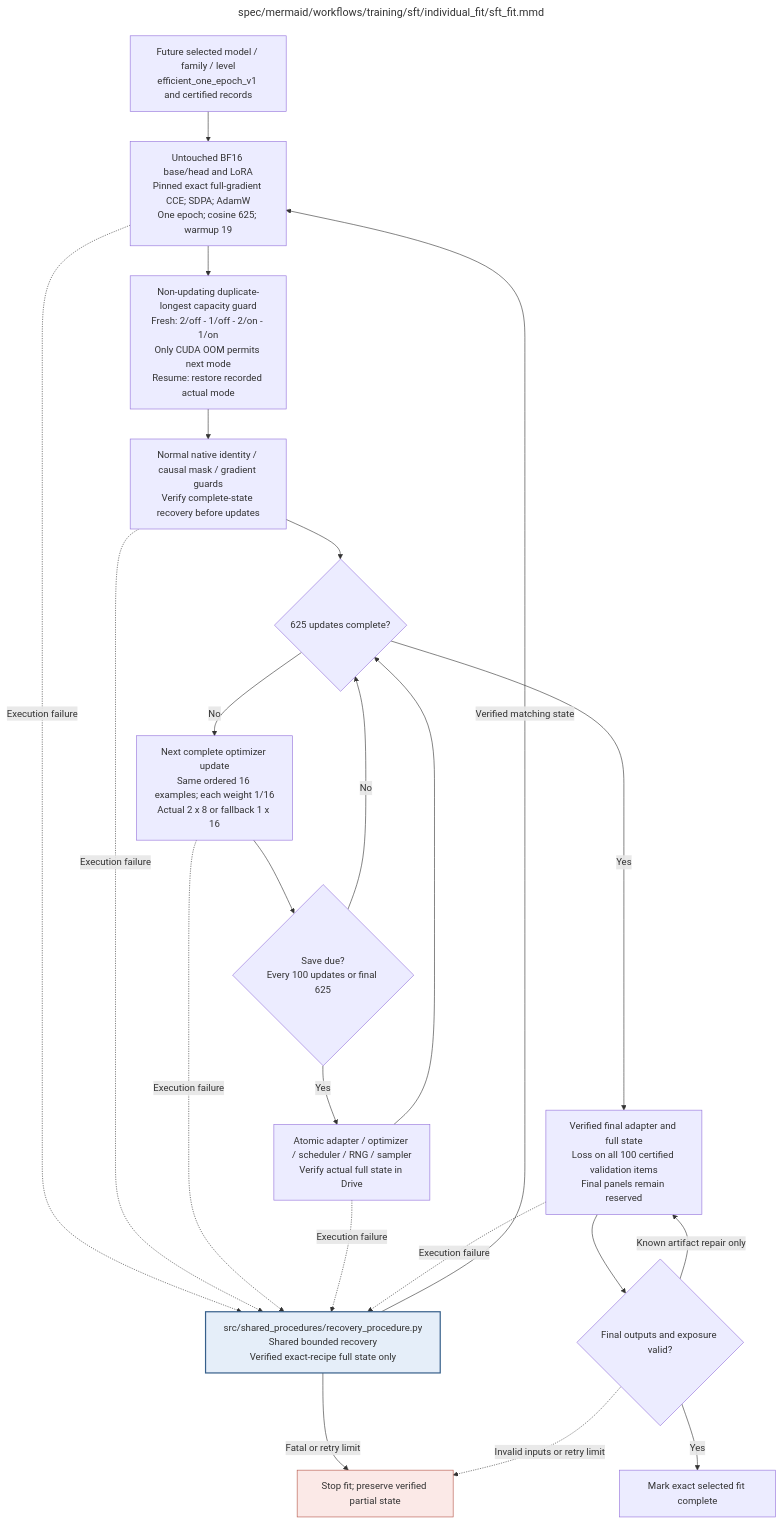
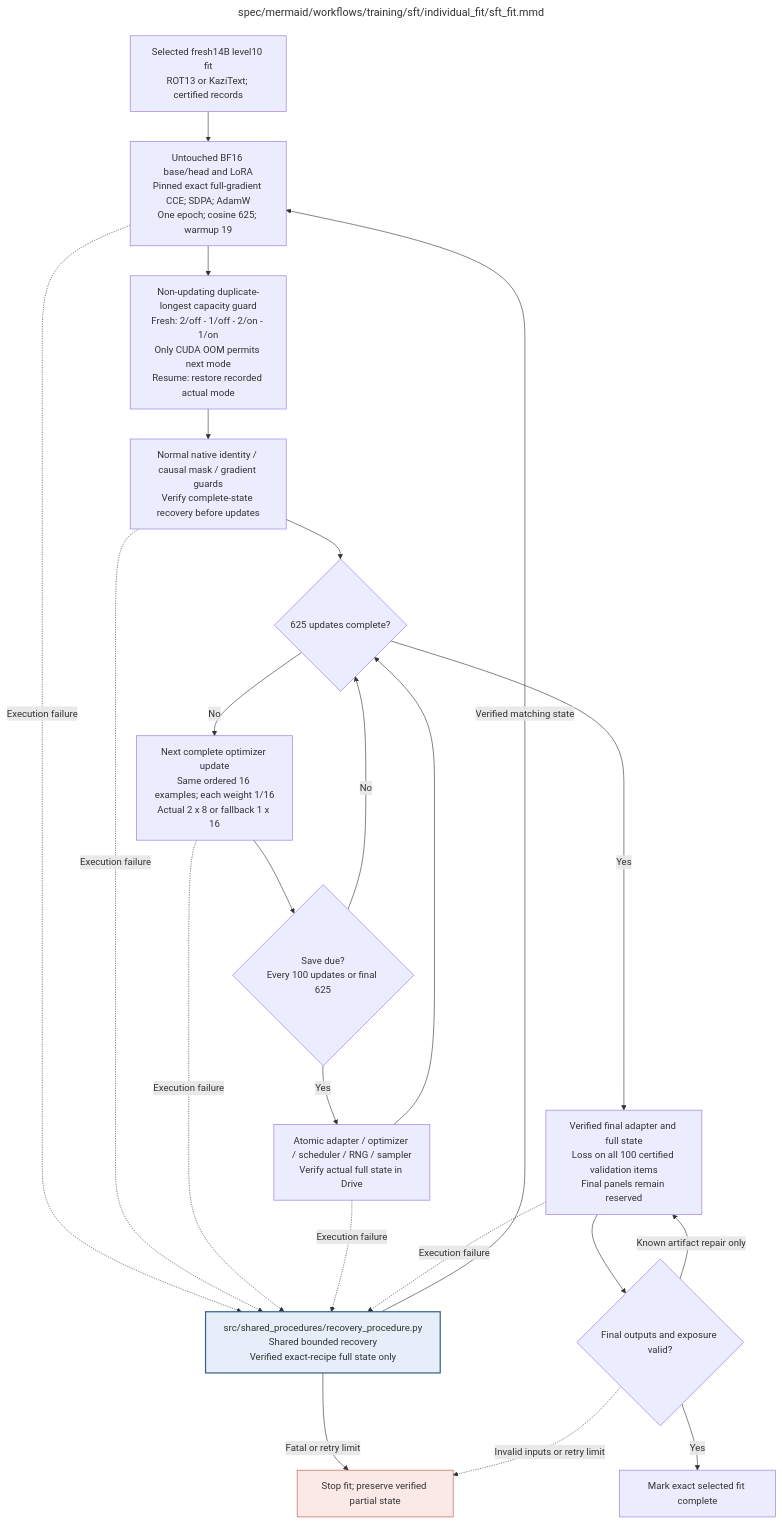
The diagram in docs/modules/training/sft/individual_fit/sft_fit.md (AJUNNYC/inducing_persistent_textual_chain_of_thought_illegibility), drawn with Mermaid before and after one commit. The commit also changed other lines of this file and 26 other files, not shown here.

Commit message:
Document the selected two-fit 14B level-10 experiment

````diff
--- a/docs/modules/training/sft/individual_fit/sft_fit.md
+++ b/docs/modules/training/sft/individual_fit/sft_fit.md
@@ -126,59 +126,59 @@
 ```mermaid
 ---
 title: "spec/mermaid/workflows/training/sft/individual_fit/sft_fit.mmd"
 ---
 flowchart TD
 %% efficient_one_epoch_v1: BF16 unquantized base/head, full-gradient direct CCE, SDPA, AdamW.
 %% CCE pinned upstream; filter_eps=None, filter_e_grad=False, filter_c_grad=False.
 %% FP32 loss and hidden-gradient accumulation; no gradient pruning or Qwen patch.
 %% No materialized full token-by-vocabulary logits; no equivalence to historical FP32 head promised.
 %% All 10,000 examples once; 625 updates and 19 warmup; request micro 2 / accumulation 8 / effective 16.
 %% Capacity fallback micro 1 / accumulation 16; same ordered 16 examples/update, per-example weight 1/16.
 %% Execution grouping, padding, dropout draws and rounding differ; no measured batching speedup.
 %% Completion-only per-example means; full 4096 eligibility without truncation; seed 42.
 %% LoRA 8 / 16 / .05, all seven projections, LR 2e-4, zero decay, max norm .3.
 %% Checkpoints every 100 updates and final 625; actual Drive verification before retention/completion.
-%% Normal native startup guards unrun; no optimization campaign, no selected job, all training PAUSED.
+%% Native startup unrun; selected fresh14B ROT13 L10 and KaziText L10, PAUSED pending GPU access.
 %% Fresh non-updating duplicate-longest capacity guard: 2/off, 1/off, 2/on, 1/on; CUDA-OOM-only fallback.
 %% Exact-fit recovery restores recorded actual batch/accumulation/recomputation, never changes it.
 %% Policy v2 has a distinct execution identity; old NF4 or prior-policy states cannot be relabelled.
 %% Child: RECOVER => ../../../shared_procedures/recovery_procedure.mmd
-    INPUT["Future selected model / family / level<br/>efficient_one_epoch_v1 and certified records"]
+    INPUT["Selected fresh14B level10 fit<br/>ROT13 or KaziText; certified records"]
     SETUP["Untouched BF16 base/head and LoRA<br/>Pinned exact full-gradient CCE; SDPA; AdamW<br/>One epoch; cosine 625; warmup 19"]
     CAPACITY["Non-updating duplicate-longest capacity guard<br/>Fresh: 2/off - 1/off - 2/on - 1/on<br/>Only CUDA OOM permits next mode<br/>Resume: restore recorded actual mode"]
     GUARDS["Normal native identity / causal mask / gradient guards<br/>Verify complete-state recovery before updates"]
     DONE{"625 updates complete?"}
     STEP["Next complete optimizer update<br/>Same ordered 16 examples; each weight 1/16<br/>Actual 2 x 8 or fallback 1 x 16"]
     DUE{"Save due?<br/>Every 100 updates or final 625"}
     SAVE["Atomic adapter / optimizer / scheduler / RNG / sampler<br/>Verify actual full state in Drive"]
     FINAL["Verified final adapter and full state<br/>Loss on all 100 certified validation items<br/>Final panels remain reserved"]
     AUDIT{"Final outputs and exposure valid?"}
     OUT["Mark exact selected fit complete"]
     RECOVER["src/shared_procedures/recovery_procedure.py<br/>Shared bounded recovery<br/>Verified exact-recipe full state only"]
     STOP["Stop fit; preserve verified partial state"]
     INPUT --> SETUP --> CAPACITY --> GUARDS --> DONE
     DONE -->|No| STEP --> DUE
     DUE -->|Yes| SAVE --> DONE
     DUE -->|No| DONE
     DONE -->|Yes| FINAL --> AUDIT
     AUDIT -->|Yes| OUT
     AUDIT -->|Known artifact repair only| FINAL
     SETUP -.->|Execution failure| RECOVER
     GUARDS -.->|Execution failure| RECOVER
     STEP -.->|Execution failure| RECOVER
     SAVE -.->|Execution failure| RECOVER
     FINAL -.->|Execution failure| RECOVER
     RECOVER -->|Verified matching state| SETUP
     RECOVER -->|Fatal or retry limit| STOP
     AUDIT -.->|Invalid inputs or retry limit| STOP
     classDef detail fill:#e5eef9,stroke:#365f8a,stroke-width:2px
     class RECOVER detail
     classDef stop fill:#fbe9e7,stroke:#b45448
     class STOP stop
 
 %% Repository module: src/training/sft/individual_fit/sft_fit.py
 %% Module documentation: docs/modules/training/sft/individual_fit/sft_fit.md
 %% Unit test: tests/unit/training/sft/individual_fit/test_sft_fit.py
 %% Owner: sft
 %% Source sections: C.2.2-C.2.4; E.1.3; E.2.4,E.2.6; H.9; authorized efficient redesign
 ```
````
